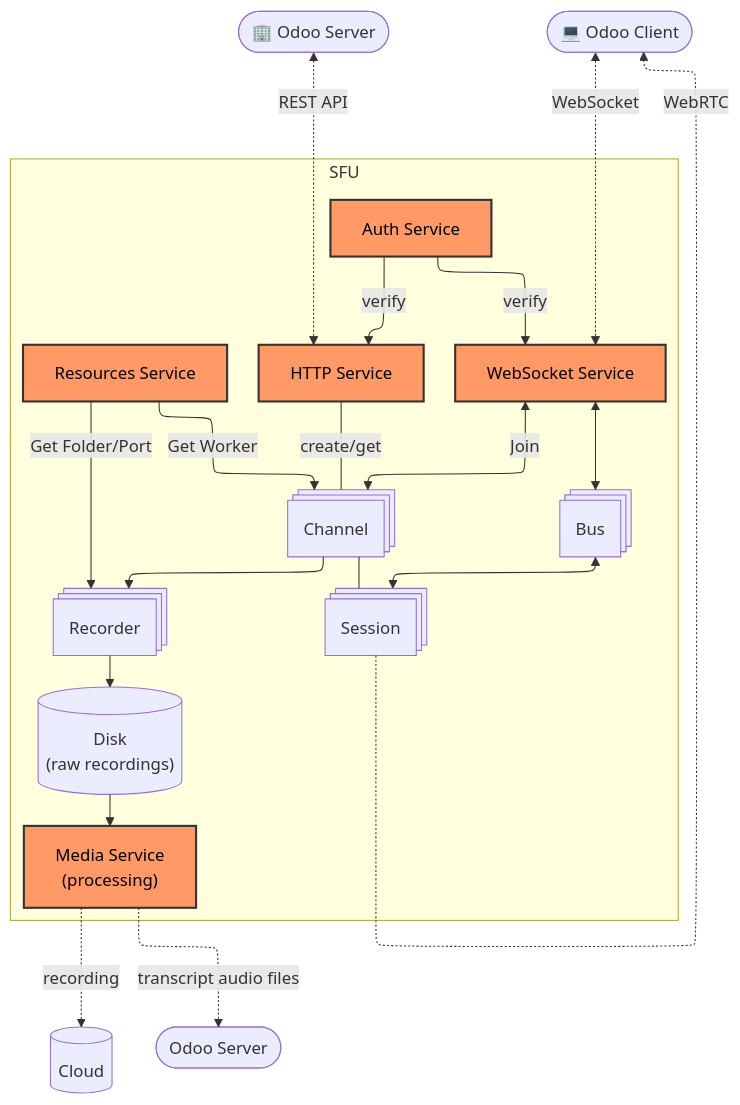
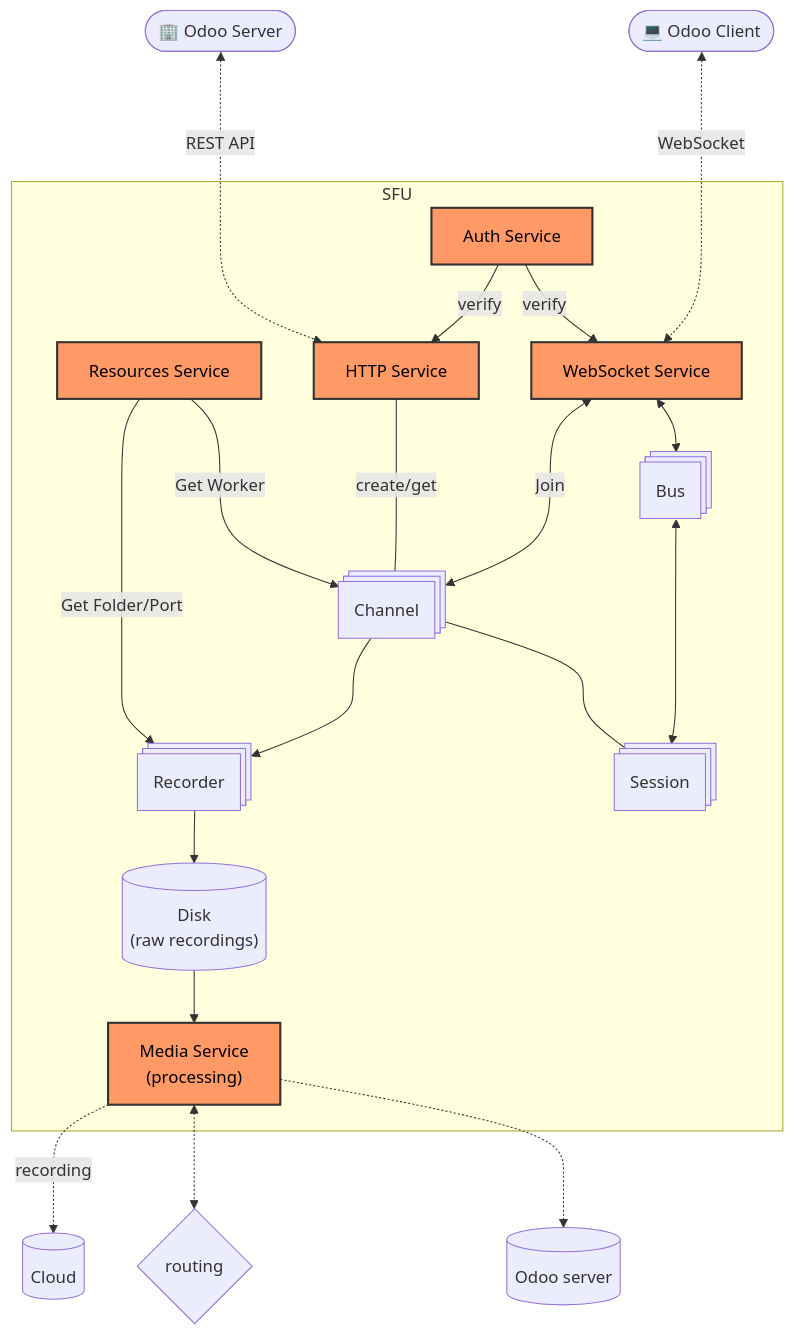
The first of 2 diagrams in src/services/README.md (odoo/sfu), drawn with Mermaid before and after one commit.

````diff
--- a/src/services/README.md
+++ b/src/services/README.md
@@ -7,50 +7,50 @@
 ```mermaid
----
-config:
-  layout: elk
----
 flowchart TB
  subgraph s1["SFU"]
         HTTP["HTTP Service"]
         WS["WebSocket Service"]
         Auth["Auth Service"]
         Bus["Bus"]
         Channel["Channel"]
         Resources["Resources Service"]
         Recorder["Recorder"]
         Media["Media Service<br>(processing)"]
         Session["Session"]
         Disk["Disk<br>(raw recordings)"]
   end
     C1["Cloud"]
+    Auth -- verify --> WS
     Server(["🏢 Odoo Server"]) <-. REST API ...-> HTTP
     Client(["💻 Odoo Client"]) <-. WebSocket ...-> WS
-    Auth -- verify --> HTTP & WS
+    Auth -- verify --> HTTP
     WS <--> Bus
-    Bus <--> Session
+    Channel --- Session
+    Bus <----> Session
     Resources -- Get Worker ---> Channel
     Resources -- Get Folder/Port ---> Recorder
     HTTP -- create/get ---- Channel
     WS <-- Join ---> Channel
-    Channel --- Session
+    
     Channel ---> Recorder
-    Recorder ---> Disk
+    Recorder --> Disk
     Media -.->|recording| C1
-    Media -.->|transcript audio files| S2(["Odoo Server"])
-    Disk ---> Media
-    Session -.->|WebRTC| Client
+    Media <-.-> R1(["routing"])
+    Media -.-> O2["Odoo server"]
+    Disk --> Media
     
 
     Bus@{shape: procs}
     Channel@{shape: procs}
     Recorder@{shape: procs}
     Session@{shape: procs}
+    R1@{shape: diamond}
+    O2@{shape: cyl}
     Disk@{shape: cyl}
     C1@{shape: cyl}
     HTTP:::service
     WS:::service
     Auth:::service
     Media:::service
     Resources:::service
     classDef service fill:#f96,stroke:#333,stroke-width:2px,color:#000
 ```
````
